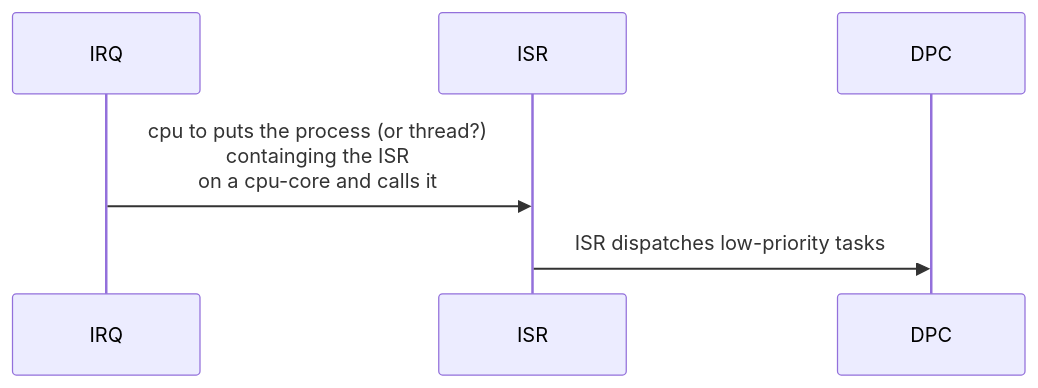
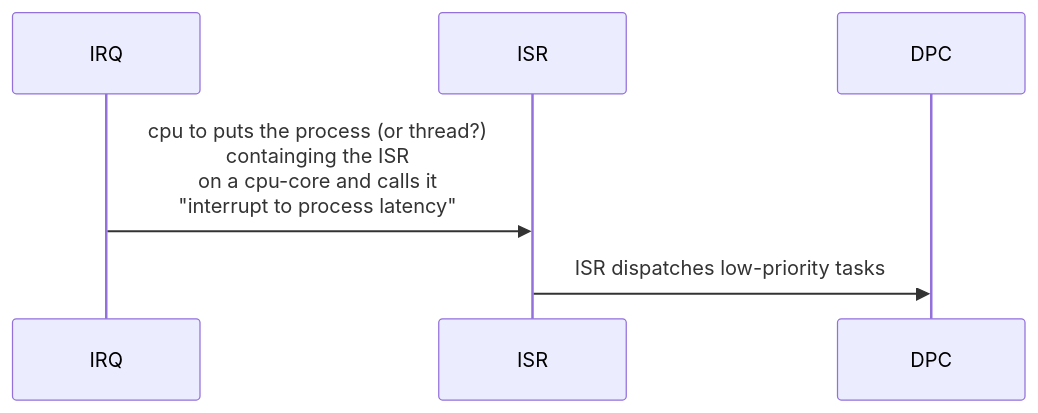
The diagram in pc/interrupts.adoc (juwens/cheat-sheet), drawn with Mermaid before and after one commit.

````diff
--- a/pc/interrupts.adoc
+++ b/pc/interrupts.adoc
@@ -10,8 +10,8 @@
 ```mermaid
 sequenceDiagram
     participant IRQ
     participant ISR
     participant DPC
-    IRQ->>ISR: cpu to puts the process (or thread?)<br/>containging the ISR<br/>on a cpu-core and calls it
+    IRQ->>ISR: cpu to puts the process (or thread?)<br/>containging the ISR<br/>on a cpu-core and calls it<br/>"interrupt to process latency"
     ISR->>DPC: ISR dispatches low-priority tasks
 ```
````
